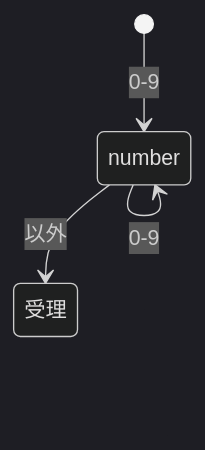
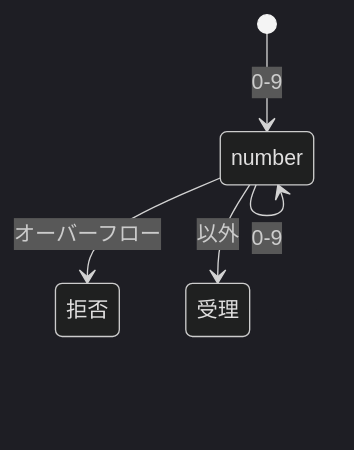
The second of 14 diagrams in docs/design_lexical_analyze.md (PalmNeko/minishell), drawn with Mermaid (dark theme) before and after one commit. The commit also changed other lines of this file, not shown here.

````diff
--- a/docs/design_lexical_analyze.md
+++ b/docs/design_lexical_analyze.md
@@ -72,6 +72,7 @@
 ```mermaid
 stateDiagram-v2
 	[*] --> number: 0-9
 	number --> number: 0-9
+	number --> 拒否: オーバーフロー
 	number --> 受理: 以外
 ```
````
